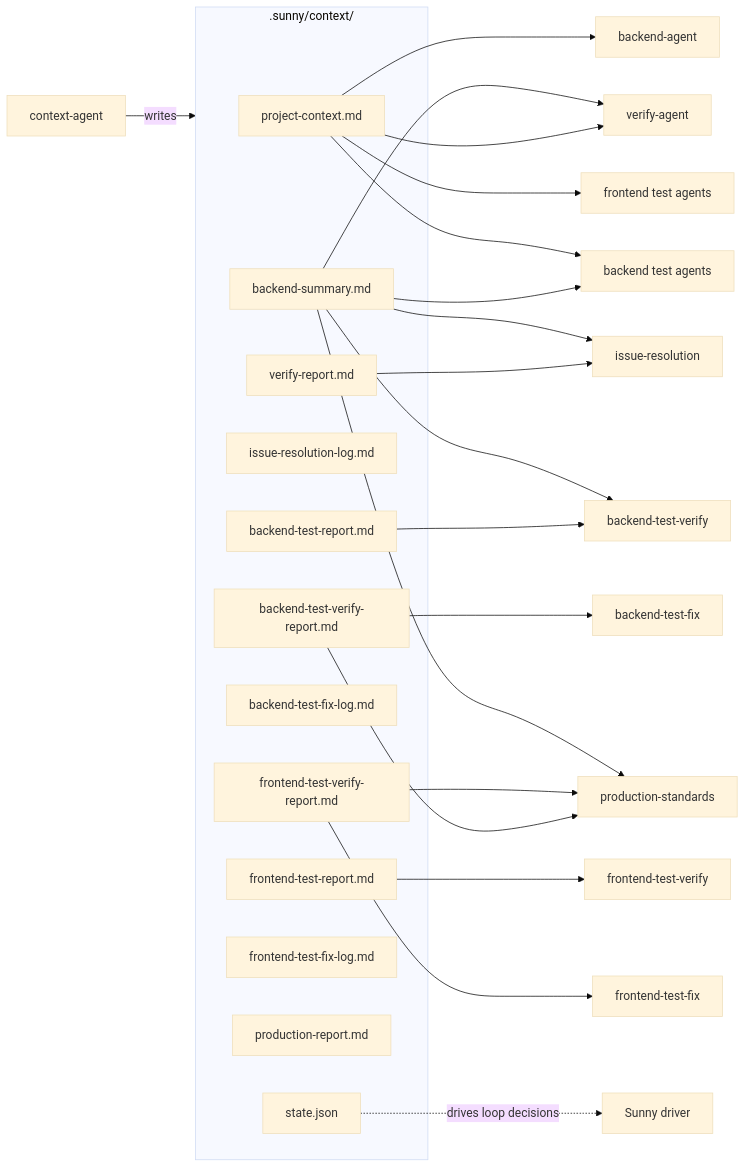
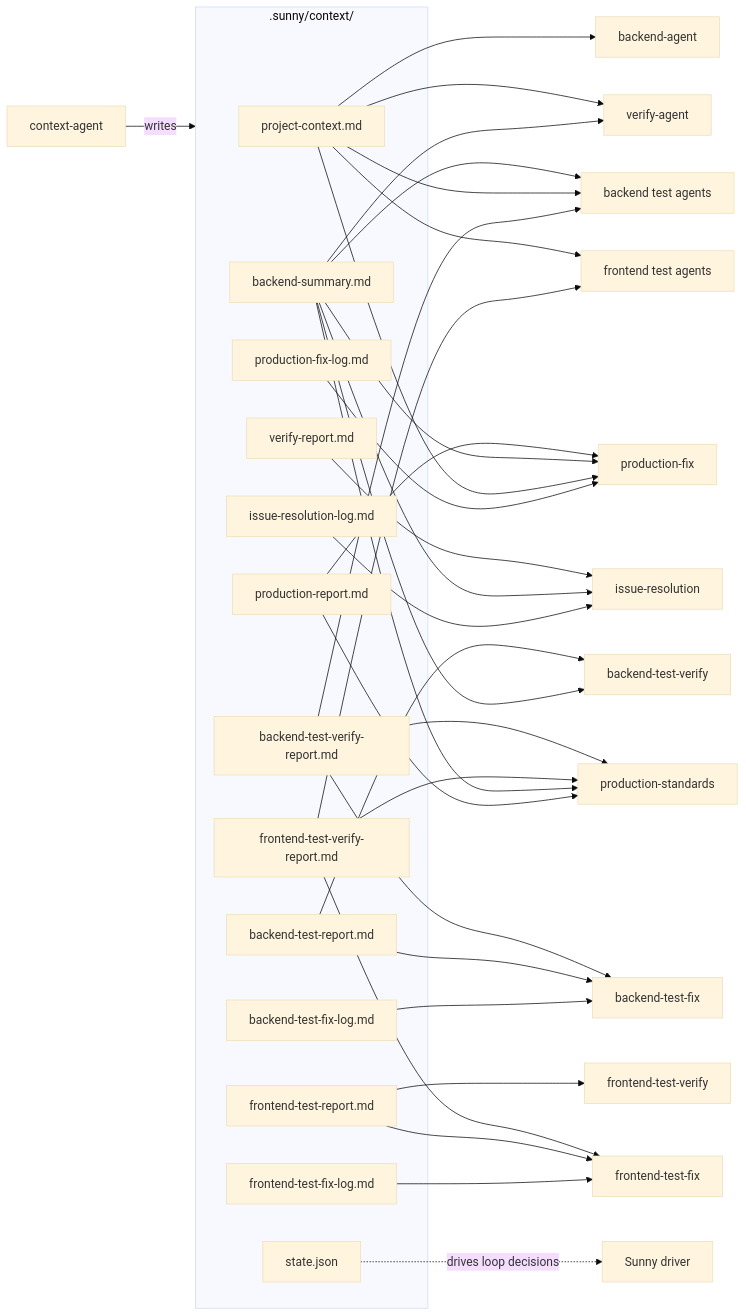
Before and after one commit to priyam-qo-box/agents: the ninth of 10 diagrams in .cursor/agents/ARCHITECTURE.md, drawn with Mermaid (base theme). The commit also changed other lines of this file and 7 other files, not shown here.

````diff
--- a/.cursor/agents/ARCHITECTURE.md
+++ b/.cursor/agents/ARCHITECTURE.md
@@ -228,37 +309,50 @@
 ```mermaid
 flowchart LR
     subgraph store [".sunny/context/"]
         PC[project-context.md]
         BS[backend-summary.md]
         VR[verify-report.md]
         IRL[issue-resolution-log.md]
         BTR[backend-test-report.md]
         BTVR[backend-test-verify-report.md]
         BTFL[backend-test-fix-log.md]
         FTR[frontend-test-report.md]
         FTVR[frontend-test-verify-report.md]
         FTFL[frontend-test-fix-log.md]
         PR[production-report.md]
+        PFL[production-fix-log.md]
         ST[state.json]
     end
 
     Ctx[context-agent] -->|writes| store
 
     PC --> BE[backend-agent]
     PC --> VER[verify-agent]
     BS --> VER
     VR --> FIX[issue-resolution]
     BS --> FIX
+    IRL --> FIX
     BS --> BTEST[backend test agents]
     PC --> BTEST
+    BTVR --> BTEST
     BTR --> BTV[backend-test-verify]
     BS --> BTV
     BTVR --> BTFIX[backend-test-fix]
+    BTR --> BTFIX
+    BTFL --> BTFIX
     PC --> FTEST[frontend test agents]
+    FTVR --> FTEST
     FTR --> FTV[frontend-test-verify]
     FTVR --> FTFIX[frontend-test-fix]
+    FTR --> FTFIX
+    FTFL --> FTFIX
     BTVR --> PROD[production-standards]
     FTVR --> PROD
     BS --> PROD
+    PR --> PROD
+    PR --> PFIX[production-fix]
+    BS --> PFIX
+    PC --> PFIX
+    PFL --> PFIX
     ST -.drives loop decisions.-> Driver[Sunny driver]
 ```
````
